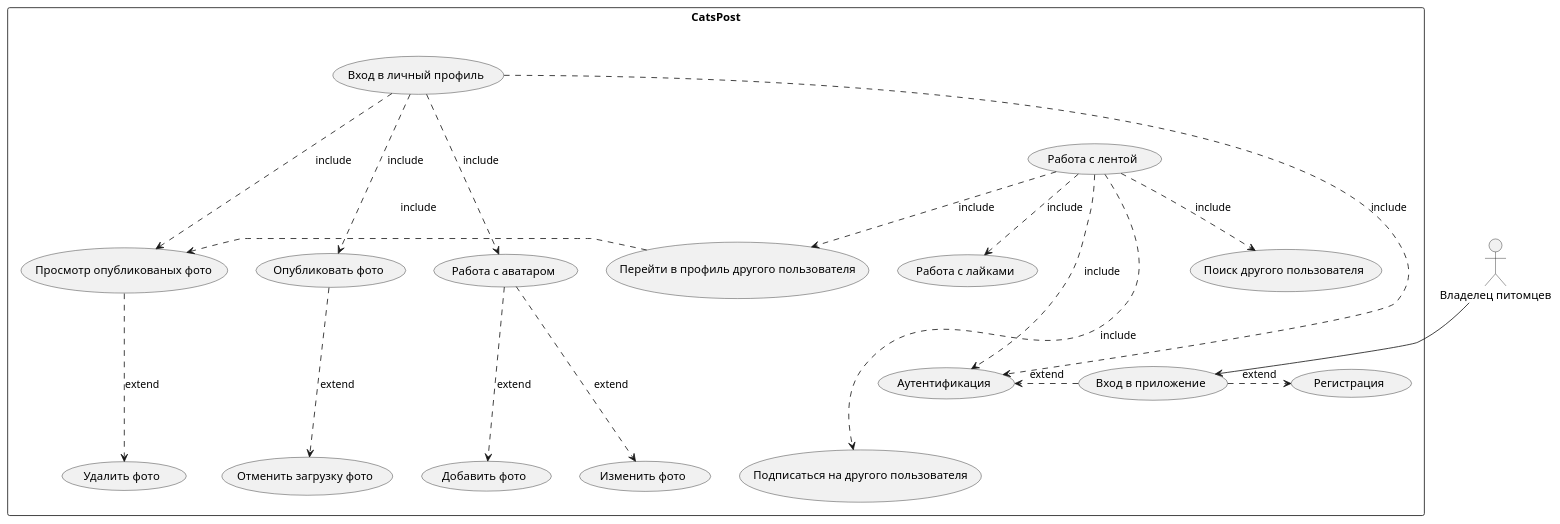
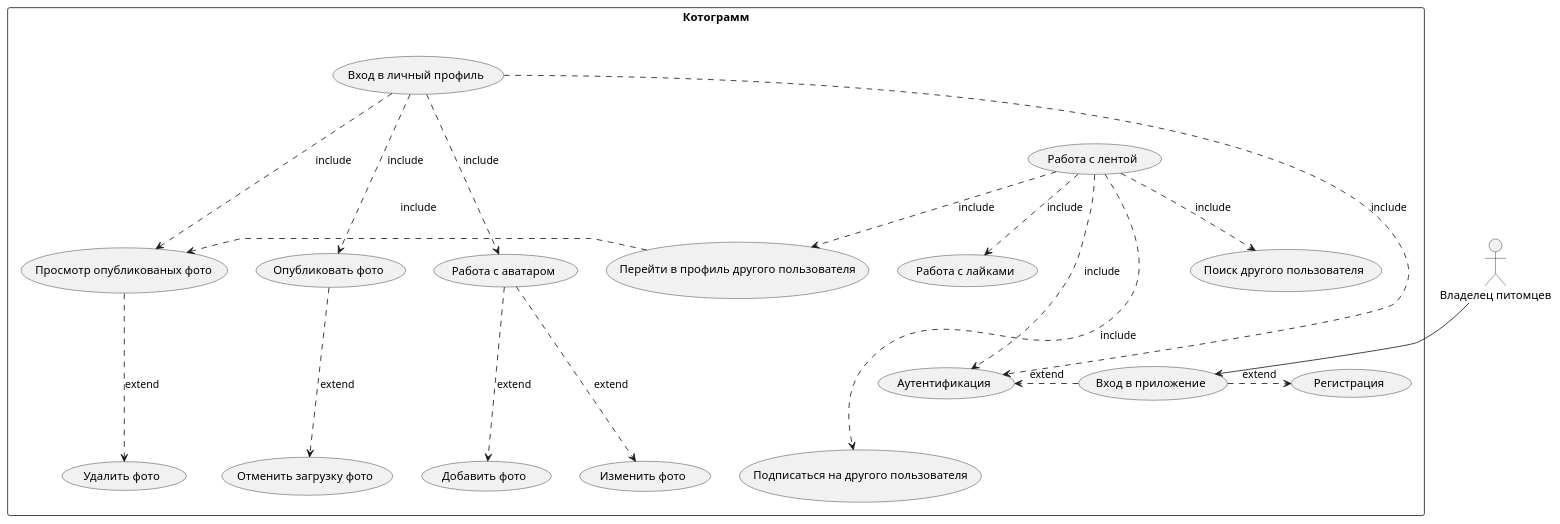
One commit to nikitcat/requirements.github.io changed the diagram in src/docs/asciidoc/uml/use_case.puml. Above: the diagram before and after it, drawn with PlantUML. The commit also changed 8 other files, not shown here.

```diff
--- a/src/docs/asciidoc/uml/use_case.puml
+++ b/src/docs/asciidoc/uml/use_case.puml
@@ -1,23 +1,23 @@
 @startuml
 skinparam packageStyle rectangle
 actor "Владелец питомцев"
-rectangle CatsPost {
+rectangle "Котограмм" {
 "Владелец питомцев" --> (Вход в приложение)
 (Вход в личный профиль) ....> (Аутентификация) : include
 (Вход в личный профиль) ...> (Просмотр опубликованых фото) :include
 (Просмотр опубликованых фото) ...> (Удалить фото) :extend
 (Вход в личный профиль) ...> (Опубликовать фото) :include
 (Опубликовать фото) ...> (Отменить загрузку фото) : extend
 (Вход в личный профиль) ...> (Работа с аватаром) :include
 (Работа с аватаром) ...> (Добавить фото) :extend
 (Работа с аватаром) ...> (Изменить фото) :extend
 (Вход в приложение) .> (Регистрация) : extend
 (Вход в приложение) .> (Аутентификация) : extend
 (Работа с лентой) ..> (Аутентификация) : include
 (Работа с лентой) ..> (Работа с лайками) : include
 (Работа с лентой) ..> (Перейти в профиль другого пользователя) : include
 (Перейти в профиль другого пользователя) .> (Просмотр опубликованых фото) : include
 (Работа с лентой) ....> (Подписаться на другого пользователя) : include
 (Работа с лентой) ..> (Поиск другого пользователя) : include
 }
 @enduml
```
